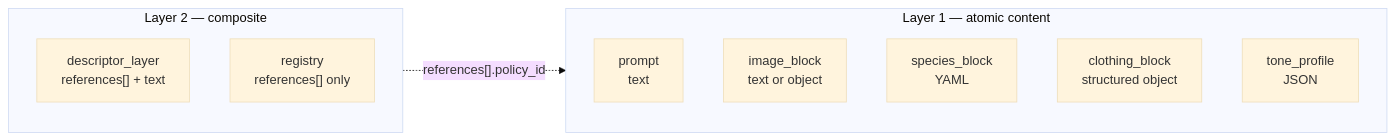
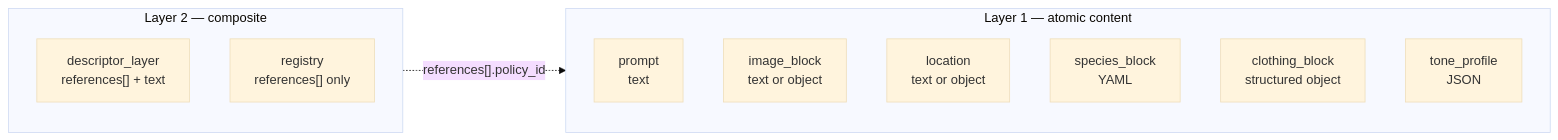
One commit to pipe-works/pipeworks-policy-workbench changed the diagram in docs/source/policy_types.md. Above: the diagram before and after it, drawn with Mermaid (base theme). The commit also changed other lines of this file and 4 other files, not shown here.

````diff
--- a/docs/source/policy_types.md
+++ b/docs/source/policy_types.md
@@ -9,19 +9,20 @@
 ```{mermaid}
 graph LR
     subgraph L1["Layer 1 — atomic content"]
         direction TB
         prompt["prompt<br/>text"]
         image_block["image_block<br/>text or object"]
+        location["location<br/>text or object"]
         species_block["species_block<br/>YAML"]
         clothing_block["clothing_block<br/>structured object"]
         tone_profile["tone_profile<br/>JSON"]
     end
 
     subgraph L2["Layer 2 — composite"]
         direction TB
         descriptor_layer["descriptor_layer<br/>references[] + text"]
         registry["registry<br/>references[] only"]
     end
 
     L2 -. "references[].policy_id" .-> L1
 ```
````
